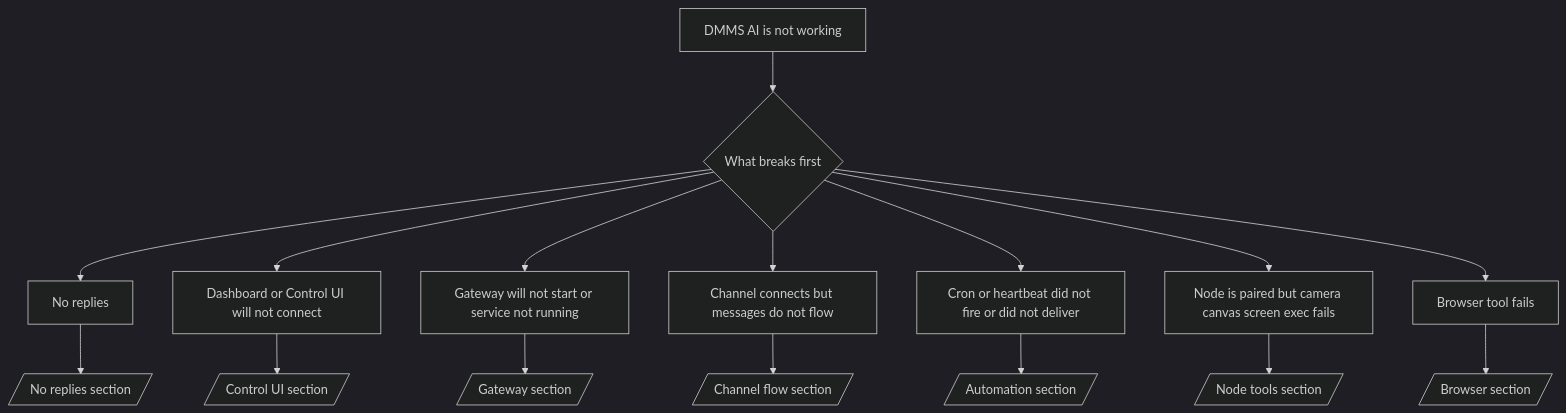
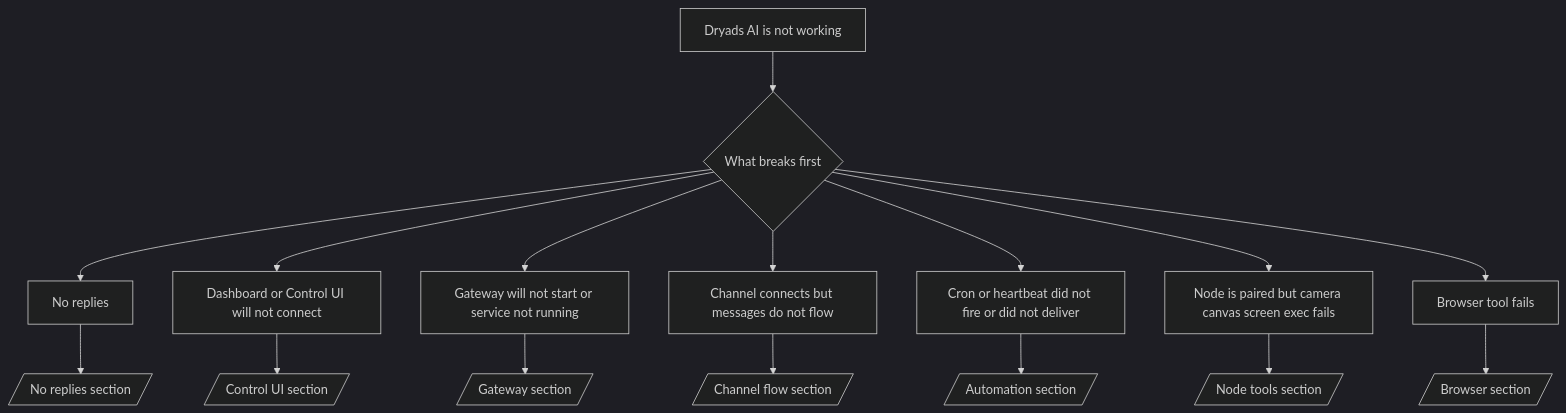
Before and after one commit to DMMSAI/dmms-ai: the diagram in docs/help/troubleshooting.md, drawn with Mermaid (dark theme). The commit also changed other lines of this file and 3037 other files, not shown here.

First line of the commit message:
Rebrand DMMS AI to Dryads AI

````diff
--- a/docs/help/troubleshooting.md
+++ b/docs/help/troubleshooting.md
@@ -39,19 +39,19 @@
 ```mermaid
 flowchart TD
-  A[DMMS AI is not working] --> B{What breaks first}
+  A[Dryads AI is not working] --> B{What breaks first}
   B --> C[No replies]
   B --> D[Dashboard or Control UI will not connect]
   B --> E[Gateway will not start or service not running]
   B --> F[Channel connects but messages do not flow]
   B --> G[Cron or heartbeat did not fire or did not deliver]
   B --> H[Node is paired but camera canvas screen exec fails]
   B --> I[Browser tool fails]
 
   C --> C1[/No replies section/]
   D --> D1[/Control UI section/]
   E --> E1[/Gateway section/]
   F --> F1[/Channel flow section/]
   G --> G1[/Automation section/]
   H --> H1[/Node tools section/]
   I --> I1[/Browser section/]
 ```
````
